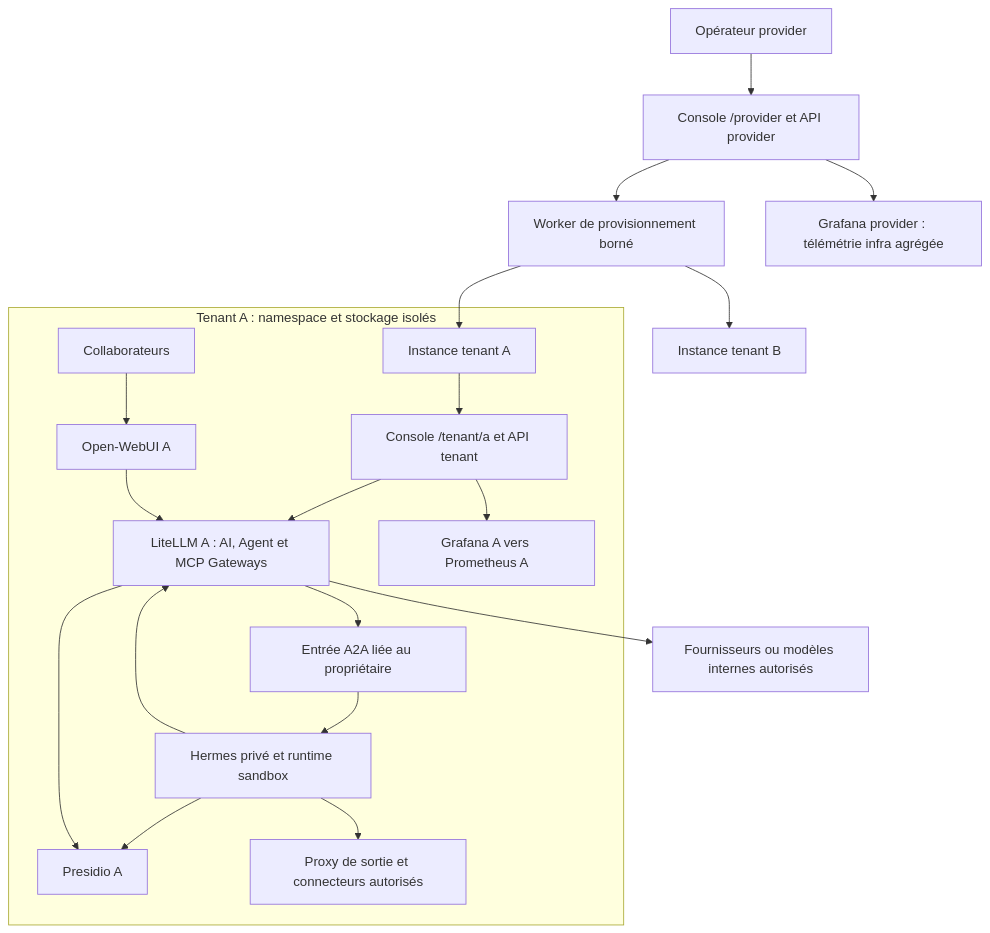
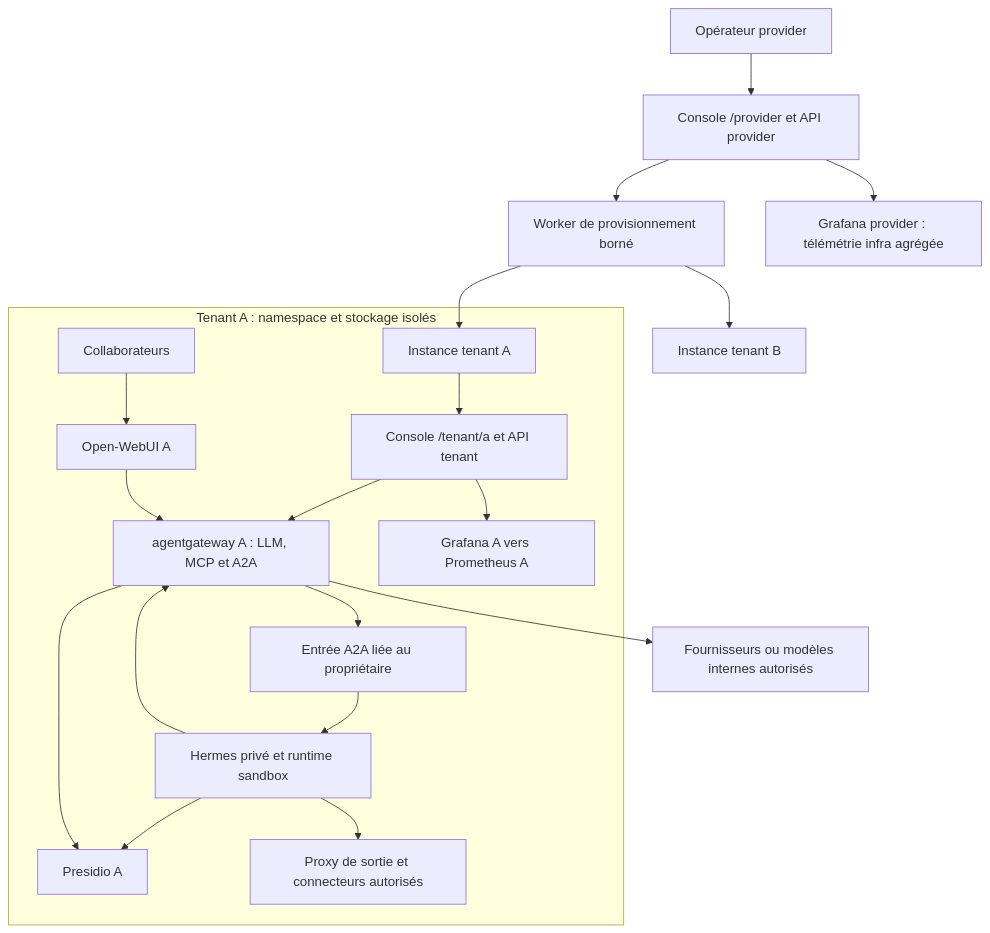
Before and after one commit to nicolastheuil/ArcIA: the first of 4 diagrams in docs/v0.7/conception.md, drawn with Mermaid. The commit also changed other lines of this file and 39 other files, not shown here.

````diff
--- a/docs/v0.7/conception.md
+++ b/docs/v0.7/conception.md
@@ -21,22 +21,22 @@
 ```mermaid
 flowchart TB
     OP["Opérateur provider"] --> CP["Console /provider et API provider"]
     CP --> PW["Worker de provisionnement borné"]
     PW --> TA["Instance tenant A"]
     PW --> TB["Instance tenant B"]
     subgraph A["Tenant A : namespace et stockage isolés"]
         TA --> CA["Console /tenant/a et API tenant"]
         U["Collaborateurs"] --> OW["Open-WebUI A"]
-        CA --> LL["LiteLLM A : AI, Agent et MCP Gateways"]
+        CA --> LL["agentgateway A : LLM, MCP et A2A"]
         OW --> LL
         LL --> AB["Entrée A2A liée au propriétaire"]
         AB --> H["Hermes privé et runtime sandbox"]
         H --> LL
         H --> D["Presidio A"]
         LL --> D
         H --> E["Proxy de sortie et connecteurs autorisés"]
         CA --> G["Grafana A vers Prometheus A"]
     end
     LL --> P["Fournisseurs ou modèles internes autorisés"]
     CP --> GP["Grafana provider : télémétrie infra agrégée"]
 ```
````
